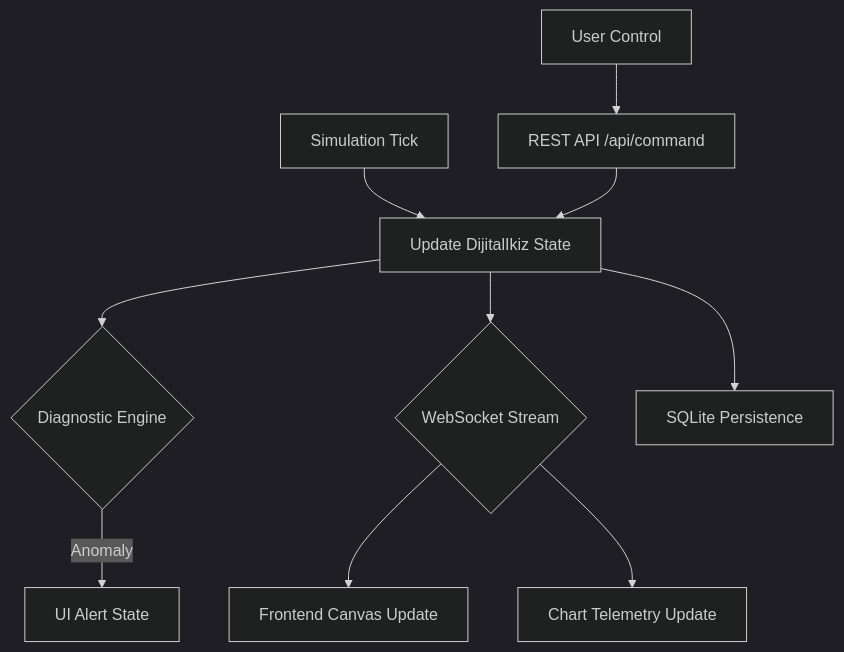
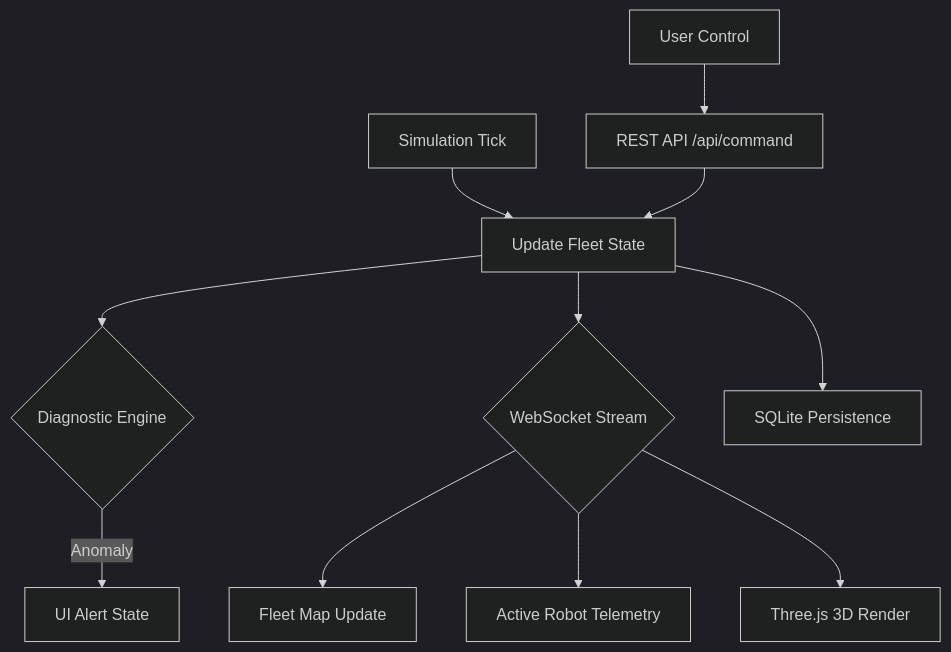
Before and after one commit to bahattinyunus/teknofest_sanayide_dijital_teknolojiler: the diagram in docs/ARCHITECTURE.md, drawn with Mermaid (dark theme). The commit also changed other lines of this file and 3 other files, not shown here.

````diff
--- a/docs/ARCHITECTURE.md
+++ b/docs/ARCHITECTURE.md
@@ -52,12 +55,13 @@
 ```mermaid
 graph TD
-    A[Simulation Tick] --> B[Update DijitalIkiz State]
+    A[Simulation Tick] --> B[Update Fleet State]
     B --> H{Diagnostic Engine}
     H -->|Anomaly| I[UI Alert State]
     B --> C{WebSocket Stream}
     B --> J[SQLite Persistence]
-    C --> D[Frontend Canvas Update]
-    C --> E[Chart Telemetry Update]
+    C --> D[Fleet Map Update]
+    C --> E[Active Robot Telemetry]
+    C --> K[Three.js 3D Render]
     F[User Control] --> G[REST API /api/command]
     G --> B
 ```
````
